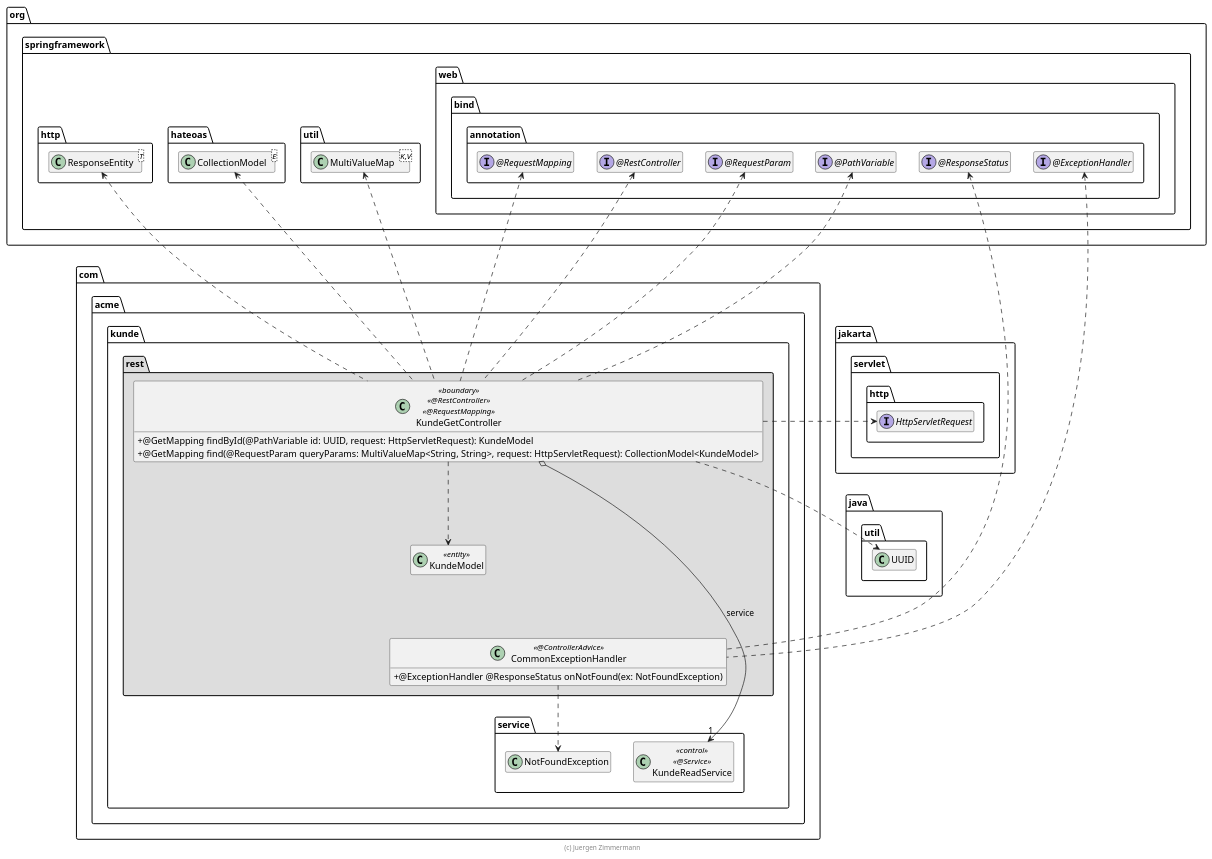
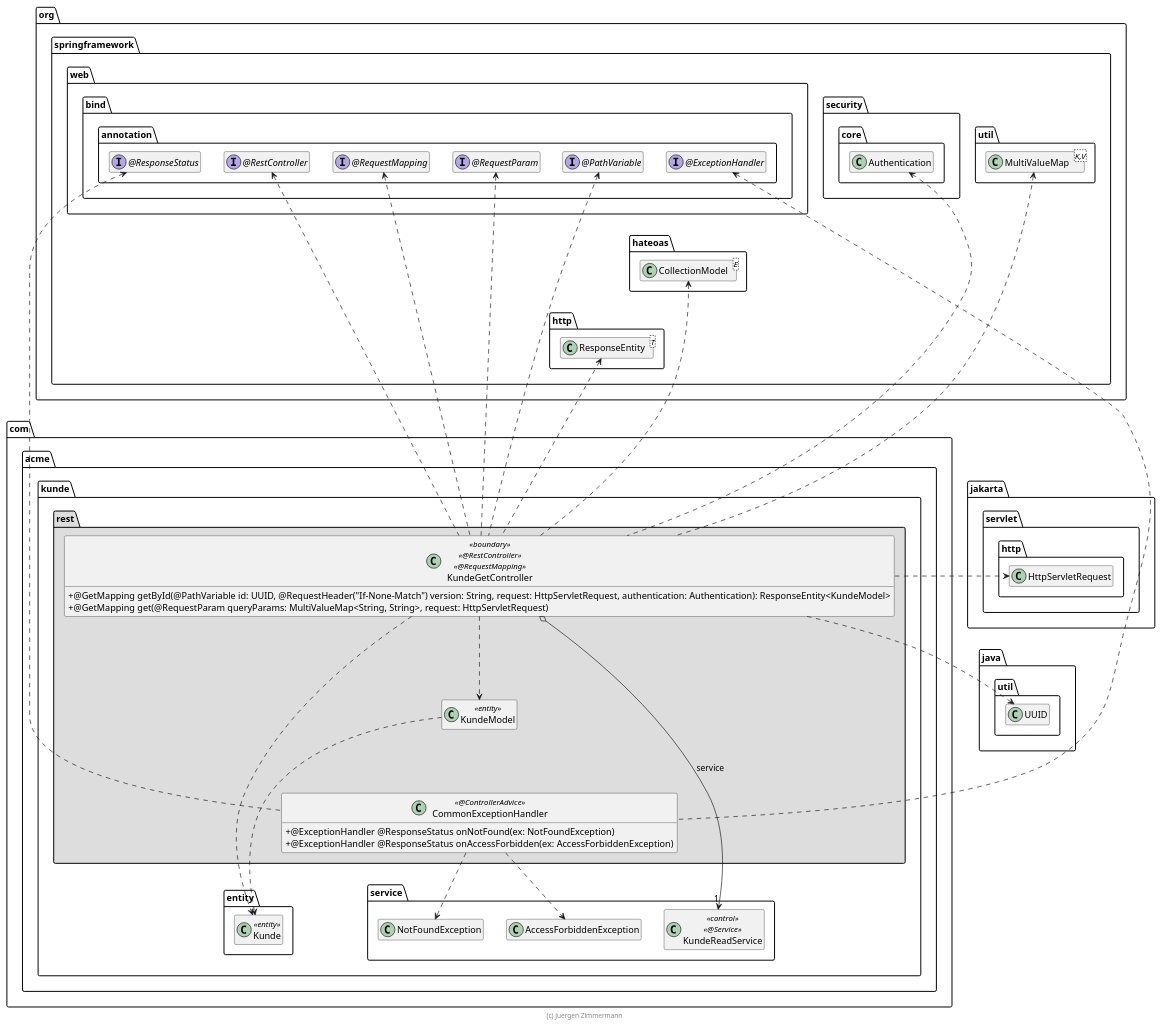
The diagram in SWA/kunde-v1/kunde/extras/doc/KundeGetController.plantuml (AntoninFa/Practise), drawn with PlantUML before and after one commit. The commit also changed 83 other files, not shown here.

```diff
--- a/SWA/kunde-v1/kunde/extras/doc/KundeGetController.plantuml
+++ b/SWA/kunde-v1/kunde/extras/doc/KundeGetController.plantuml
@@ -15,80 +15,104 @@
-@startuml KundeGetController
+@startuml KundeHandler
 
 skinparam classAttributeIconSize 0
+
+package jakarta.servlet.http {
+    class HttpServletRequest
+}
 
 package org.springframework {
     package web.bind.annotation {
         interface "@RestController" as RestController
         interface "@RequestMapping" as RequestMapping
         interface "@PathVariable" as PathVariable
         interface "@RequestParam" as RequestParam
         interface "@ExceptionHandler" as ExceptionHandler
         interface "@ResponseStatus" as ResponseStatus
+
+        RequestMapping .left[hidden].> RestController
     }
 
     package http {
         class ResponseEntity<T>
     }
     package hateoas {
         class CollectionModel<E>
     }
+    package security.core {
+        class Authentication
+    }
     package util {
         class MultiValueMap<K,V>
     }
-}
 
-package jakarta.servlet.http {
-    interface HttpServletRequest
+    CollectionModel .up[hidden].> Authentication
+    ResponseEntity .up[hidden].> CollectionModel
 }
 
 package java.util {
     class UUID
+
     UUID .up[hidden].> HttpServletRequest
 }
 
 package com.acme.kunde {
+    package entity {
+        class Kunde << entity >>
+    }
+
     package service {
         class KundeReadService << control >> << @Service >>
         class NotFoundException
+        class AccessForbiddenException
+
+        KundeReadService .right[hidden].> NotFoundException
+        NotFoundException .right[hidden].> AccessForbiddenException
     }
 
     package rest #DDDDDD {
         class KundeModel <<entity>>
 
         class KundeGetController << boundary >> << @RestController >> << @RequestMapping >> {
-            + @GetMapping findById(@PathVariable id: UUID, request: HttpServletRequest): KundeModel
-            + @GetMapping find(@RequestParam queryParams: MultiValueMap<String, String>, request: HttpServletRequest): CollectionModel<KundeModel>
+            + @GetMapping getById(@PathVariable id: UUID, @RequestHeader("If-None-Match") version: String, request: HttpServletRequest, authentication: Authentication): ResponseEntity<KundeModel>
+            + @GetMapping get(@RequestParam queryParams: MultiValueMap<String, String>, request: HttpServletRequest)
         }
 
         class CommonExceptionHandler << @ControllerAdvice >> {
             + @ExceptionHandler @ResponseStatus onNotFound(ex: NotFoundException)
+            + @ExceptionHandler @ResponseStatus onAccessForbidden(ex: AccessForbiddenException)
         }
 
-        KundeGetController o--> "1" KundeReadService : service
+        KundeGetController o-right-> "1" KundeReadService : service
         KundeGetController ..> KundeModel
+        KundeGetController ..> Kunde
+
+        KundeGetController .up.> CollectionModel
+        KundeGetController .right.> HttpServletRequest
+        KundeGetController .up.> MultiValueMap
+        KundeGetController .up.> Authentication
+        KundeGetController .up.> ResponseEntity
 
         KundeGetController .up.> RestController
         KundeGetController .up.> RequestMapping
         KundeGetController .up.> PathVariable
         KundeGetController .up.> RequestParam
-        KundeGetController .up.> ResponseEntity
-        KundeGetController .up.> MultiValueMap
-        KundeGetController .up.> CollectionModel
-        KundeGetController .right.> HttpServletRequest
 
         CommonExceptionHandler .up.> ExceptionHandler
         CommonExceptionHandler .up.> ResponseStatus
         CommonExceptionHandler ..> NotFoundException
+        CommonExceptionHandler ..> AccessForbiddenException
         CommonExceptionHandler .up[hidden].> KundeModel
+        CommonExceptionHandler .[hidden].> Kunde
 
         KundeGetController .right.> UUID
 
+        KundeModel ..> Kunde
         KundeModel .[hidden].> KundeReadService
     }
 }
 
 hide empty members
 
 footer (c) Juergen Zimmermann
 
 @enduml
```
